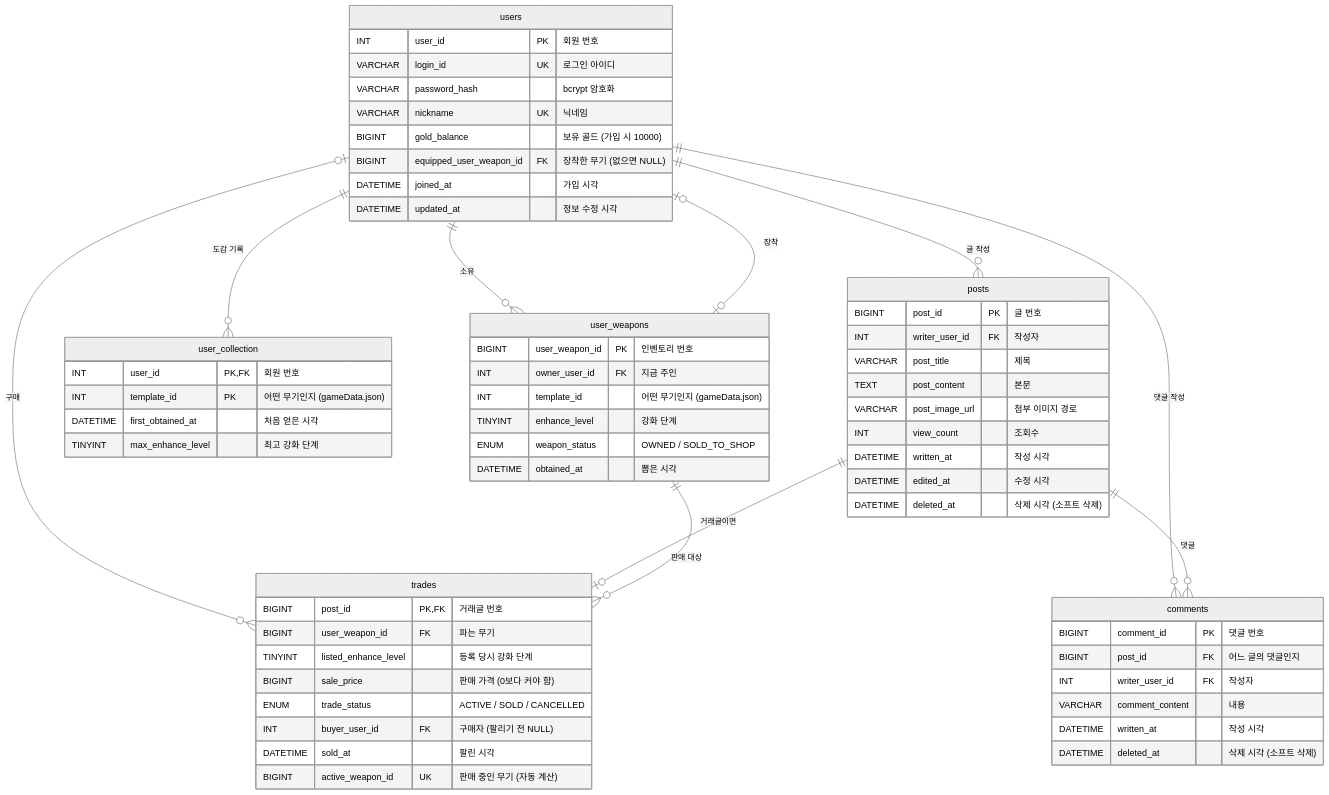
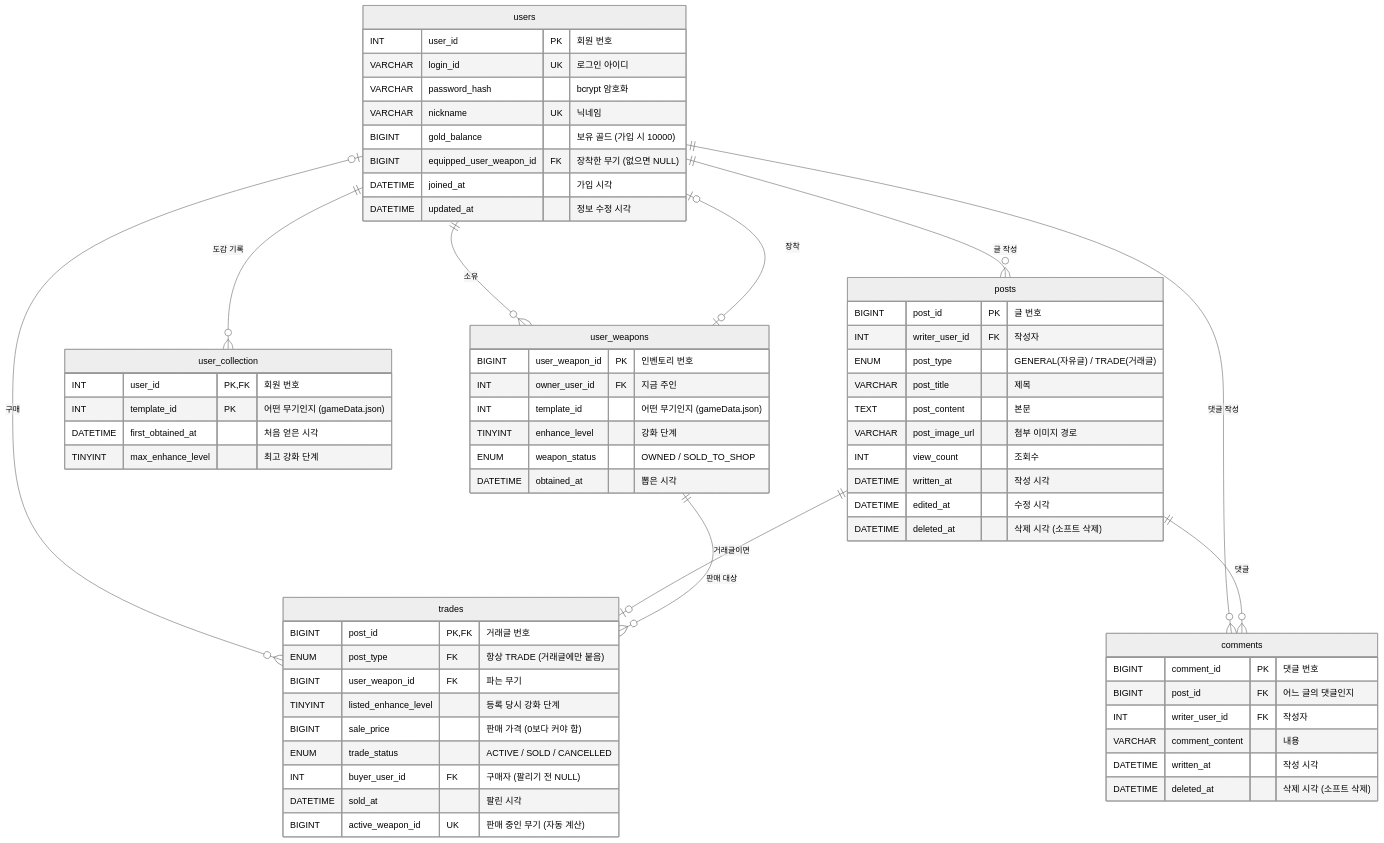
Before and after one commit to bestroom449k/DB_P_wapon: the diagram in README.md, drawn with Mermaid (neutral theme). The commit also changed other lines of this file and 17 other files, not shown here.

````diff
--- a/README.md
+++ b/README.md
@@ -21,71 +21,73 @@
 ```mermaid
 erDiagram
     users ||--o{ user_weapons : "소유"
     users |o--o| user_weapons : "장착"
     users ||--o{ user_collection : "도감 기록"
     users ||--o{ posts : "글 작성"
     users ||--o{ comments : "댓글 작성"
     users |o--o{ trades : "구매"
     posts ||--o{ comments : "댓글"
     posts ||--o| trades : "거래글이면"
     user_weapons ||--o{ trades : "판매 대상"
 
     users {
         INT user_id PK "회원 번호"
         VARCHAR login_id UK "로그인 아이디"
         VARCHAR password_hash "bcrypt 암호화"
         VARCHAR nickname UK "닉네임"
         BIGINT gold_balance "보유 골드 (가입 시 10000)"
         BIGINT equipped_user_weapon_id FK "장착한 무기 (없으면 NULL)"
         DATETIME joined_at "가입 시각"
         DATETIME updated_at "정보 수정 시각"
     }
 
     user_weapons {
         BIGINT user_weapon_id PK "인벤토리 번호"
         INT owner_user_id FK "지금 주인"
         INT template_id "어떤 무기인지 (gameData.json)"
         TINYINT enhance_level "강화 단계"
         ENUM weapon_status "OWNED / SOLD_TO_SHOP"
         DATETIME obtained_at "뽑은 시각"
     }
 
     user_collection {
         INT user_id PK, FK "회원 번호"
         INT template_id PK "어떤 무기인지 (gameData.json)"
         DATETIME first_obtained_at "처음 얻은 시각"
         TINYINT max_enhance_level "최고 강화 단계"
     }
 
     posts {
         BIGINT post_id PK "글 번호"
         INT writer_user_id FK "작성자"
+        ENUM post_type "GENERAL(자유글) / TRADE(거래글)"
         VARCHAR post_title "제목"
         TEXT post_content "본문"
         VARCHAR post_image_url "첨부 이미지 경로"
         INT view_count "조회수"
         DATETIME written_at "작성 시각"
         DATETIME edited_at "수정 시각"
         DATETIME deleted_at "삭제 시각 (소프트 삭제)"
     }
 
     comments {
         BIGINT comment_id PK "댓글 번호"
         BIGINT post_id FK "어느 글의 댓글인지"
         INT writer_user_id FK "작성자"
         VARCHAR comment_content "내용"
         DATETIME written_at "작성 시각"
         DATETIME deleted_at "삭제 시각 (소프트 삭제)"
     }
 
     trades {
         BIGINT post_id PK, FK "거래글 번호"
+        ENUM post_type FK "항상 TRADE (거래글에만 붙음)"
         BIGINT user_weapon_id FK "파는 무기"
         TINYINT listed_enhance_level "등록 당시 강화 단계"
         BIGINT sale_price "판매 가격 (0보다 커야 함)"
         ENUM trade_status "ACTIVE / SOLD / CANCELLED"
         INT buyer_user_id FK "구매자 (팔리기 전 NULL)"
         DATETIME sold_at "팔린 시각"
         BIGINT active_weapon_id UK "판매 중인 무기 (자동 계산)"
     }
 ```
````
